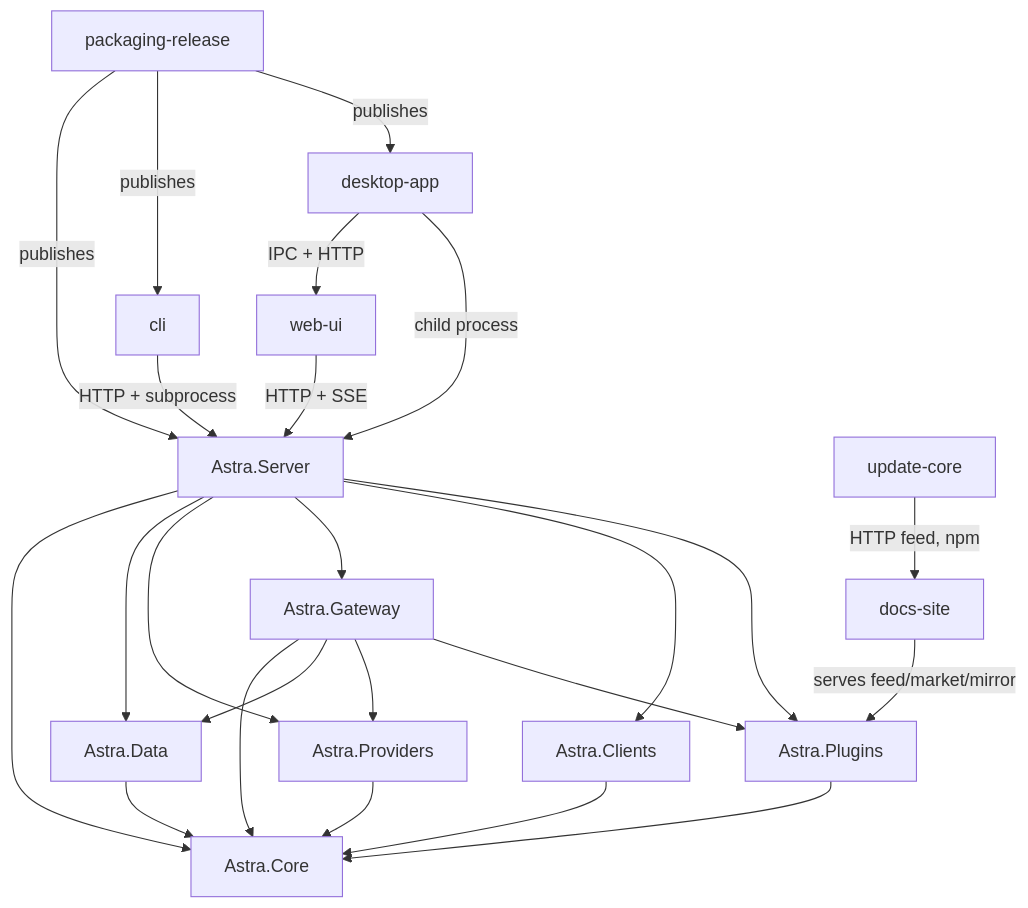
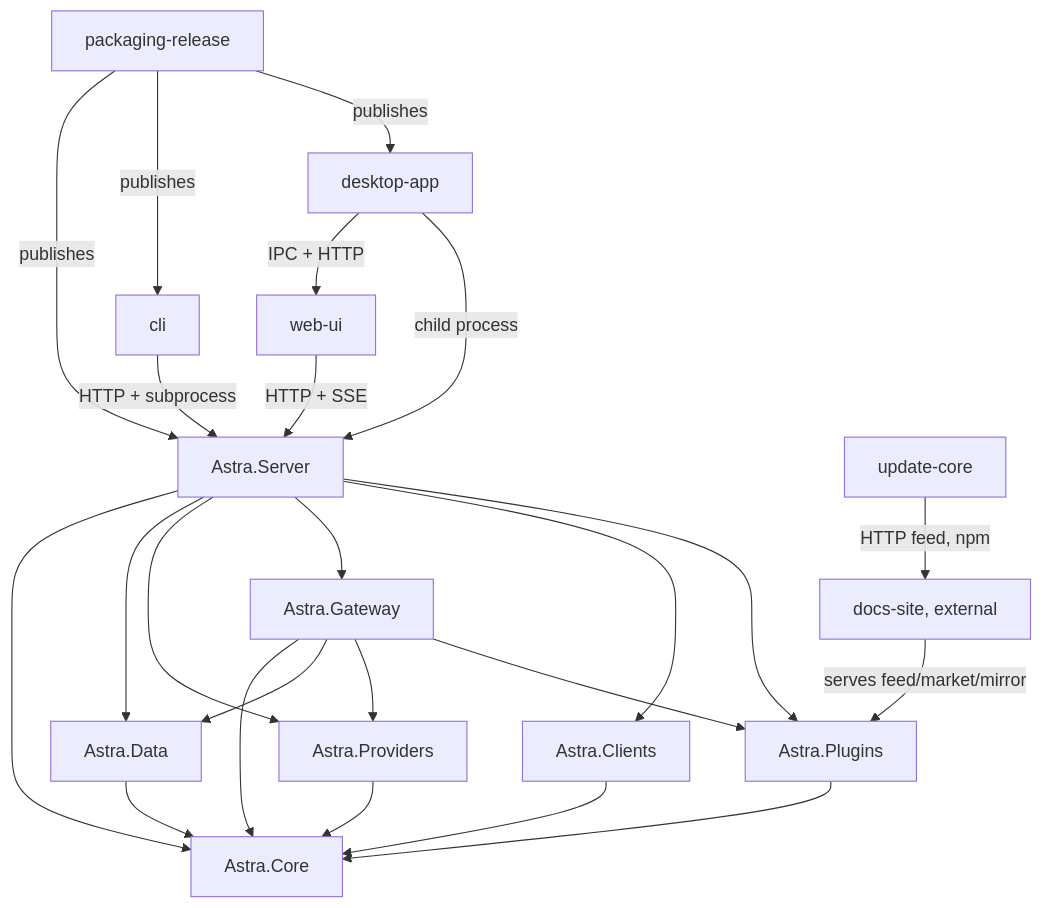
Before and after one commit to 239573049/Astra-Gate: the diagram in .agents/codemap/architecture.md, drawn with Mermaid. The commit also changed other lines of this file and 498 other files, not shown here.

````diff
--- a/.agents/codemap/architecture.md
+++ b/.agents/codemap/architecture.md
@@ -85,35 +86,35 @@
 ```mermaid
 graph TD
   Core[Astra.Core]
   Data[Astra.Data]
   Clients[Astra.Clients]
   Providers[Astra.Providers]
   Plugins[Astra.Plugins]
   Gateway[Astra.Gateway]
   Server[Astra.Server]
 
   Data --> Core
   Clients --> Core
   Providers --> Core
   Plugins --> Core
   Gateway --> Core
   Gateway --> Data
   Gateway --> Providers
   Gateway --> Plugins
   Server --> Core
   Server --> Data
   Server --> Providers
   Server --> Gateway
   Server --> Clients
   Server --> Plugins
 
   CLI[cli] -->|HTTP + subprocess| Server
   Web[web-ui] -->|HTTP + SSE| Server
   Desktop[desktop-app] -->|IPC + HTTP| Web
   Desktop -->|child process| Server
-  Docs[docs-site] -->|serves feed/market/mirror| Plugins
+  Docs[docs-site, external] -->|serves feed/market/mirror| Plugins
   UpdateCore[update-core] -->|HTTP feed, npm| Docs
   Pack[packaging-release] -->|publishes| Server
   Pack -->|publishes| CLI
   Pack -->|publishes| Desktop
 ```
````
